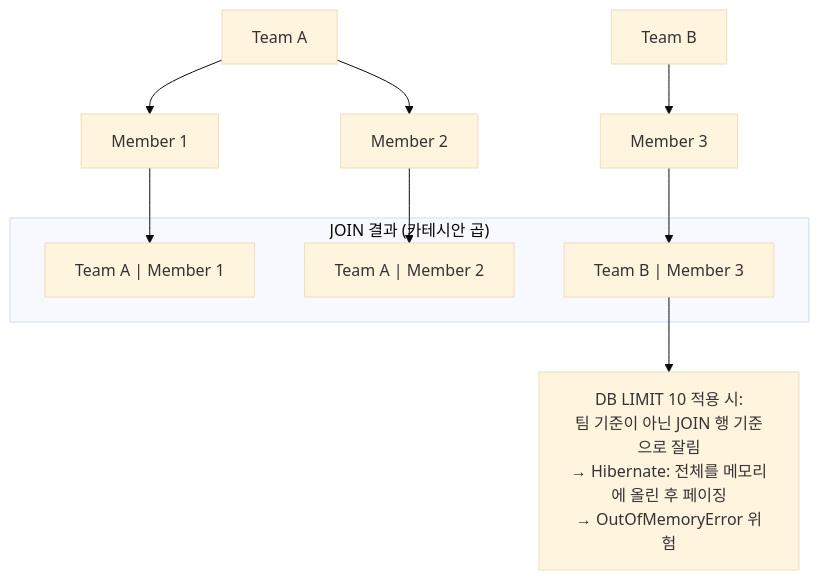
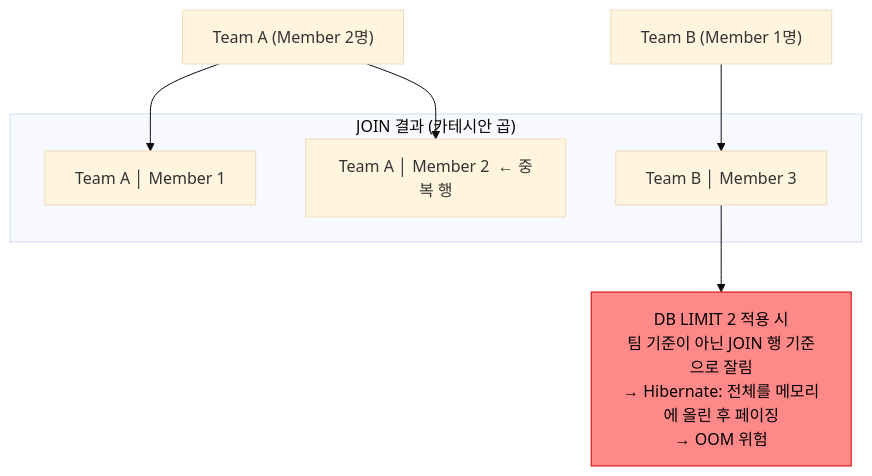
The second of 6 diagrams in _posts/jpa/2026-05-01-jpa-n-plus-1.md (yjkim2015/yjkim2015.github.io), drawn with Mermaid (base theme) before and after one commit. The commit also changed other lines of this file and 92 other files, not shown here.

First line of the commit message:
Major quality rewrite: 98 files, Mermaid fix, extreme-scenario component

````diff
--- a/_posts/jpa/2026-05-01-jpa-n-plus-1.md
+++ b/_posts/jpa/2026-05-01-jpa-n-plus-1.md
@@ -232,15 +205,14 @@
-<div class="mermaid">
+```mermaid
 graph TD
-    TA["Team A"] --> M1["Member 1"]
-    TA --> M2["Member 2"]
-    TB["Team B"] --> M3["Member 3"]
-    subgraph join["JOIN 결과 (카테시안 곱)"]
-        J1["Team A | Member 1"]
-        J2["Team A | Member 2"]
-        J3["Team B | Member 3"]
+    TA["Team A (Member 2명)"]
+    TB["Team B (Member 1명)"]
+    subgraph JOIN["JOIN 결과 (카테시안 곱)"]
+        J1["Team A │ Member 1"]
+        J2["Team A │ Member 2  ← 중복 행"]
+        J3["Team B │ Member 3"]
     end
-    M1 --> J1
-    M2 --> J2
-    M3 --> J3
-    J3 --> WARN["DB LIMIT 10 적용 시:<br>팀 기준이 아닌 JOIN 행 기준으로 잘림<br>→ Hibernate: 전체를 메모리에 올린 후 페이징<br>→ OutOfMemoryError 위험"]
-</div>
+    TA --> J1 & J2
+    TB --> J3
+    J3 --> WARN["DB LIMIT 2 적용 시\n팀 기준이 아닌 JOIN 행 기준으로 잘림\n→ Hibernate: 전체를 메모리에 올린 후 페이징\n→ OOM 위험"]
+    style WARN fill:#f88,stroke:#c00,color:#000
+```
````
